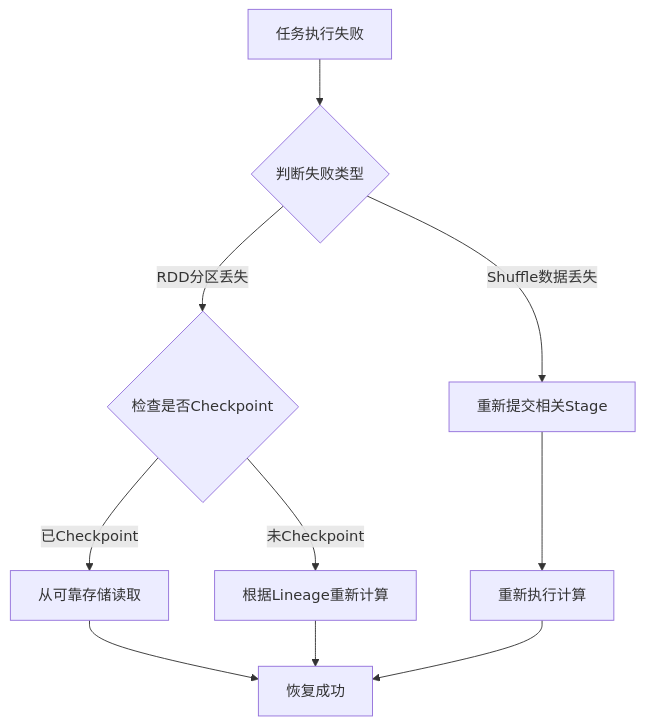
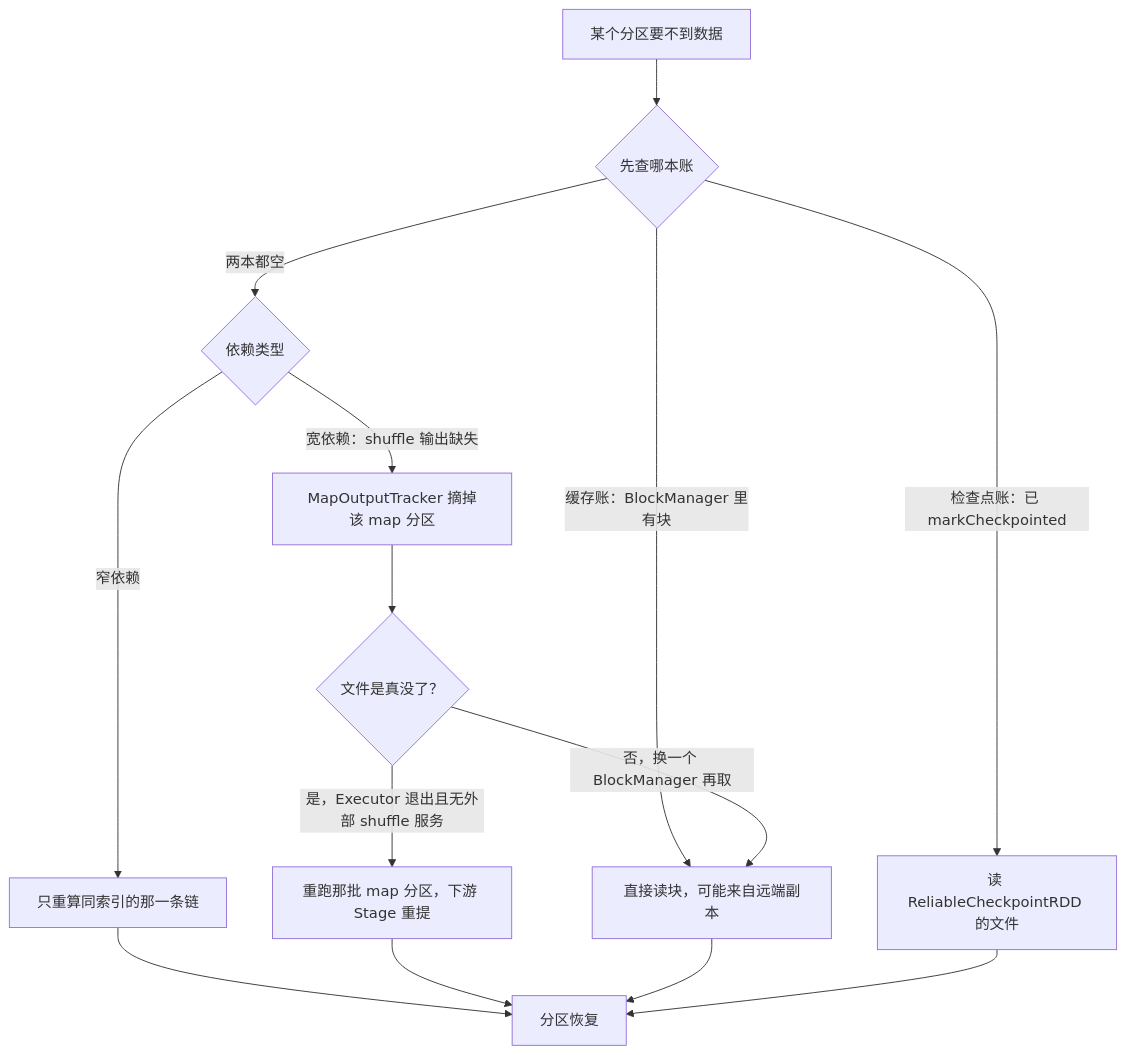
The fifth of 5 diagrams in content/大数据/Spark/读书笔记-spark内核/03_调度与执行机制/1. Spark核心调度与容错机制.md (hpliStartAgain/my-brain), drawn with Mermaid before and after one commit. The commit also changed other lines of this file and 259 other files, not shown here.

````diff
--- a/content/大数据/Spark/读书笔记-spark内核/03_调度与执行机制/1. Spark核心调度与容错机制.md
+++ b/content/大数据/Spark/读书笔记-spark内核/03_调度与执行机制/1. Spark核心调度与容错机制.md
@@ -313,12 +649,17 @@
 ```mermaid
+%%{init: {'theme': 'dracula'}}%%
 flowchart TD
-    A["任务执行失败"] --> B{"判断失败类型"}
-    B -->|"Shuffle数据丢失"| C["重新提交相关Stage"]
-    B -->|"RDD分区丢失"| D{"检查是否Checkpoint"}
-    D -->|"已Checkpoint"| E["从可靠存储读取"]
-    D -->|"未Checkpoint"| F["根据Lineage重新计算"]
-    C --> G["重新执行计算"]
-    E --> H["恢复成功"]
-    F --> H
-    G --> H
+    A["某个分区要不到数据"] --> B{"先查哪本账"}
+    B -->|"缓存账：BlockManager 里有块"| C["直接读块，可能来自远端副本"]
+    B -->|"检查点账：已 markCheckpointed"| D["读 ReliableCheckpointRDD 的文件"]
+    B -->|"两本都空"| E{"依赖类型"}
+    E -->|"窄依赖"| F["只重算同索引的那一条链"]
+    E -->|"宽依赖：shuffle 输出缺失"| G["MapOutputTracker 摘掉该 map 分区"]
+    G --> H{"文件是真没了？"}
+    H -->|"否，换一个 BlockManager 再取"| C
+    H -->|"是，Executor 退出且无外部 shuffle 服务"| I["重跑那批 map 分区，下游 Stage 重提"]
+    F --> J["分区恢复"]
+    I --> J
+    C --> J
+    D --> J
 ```
````
